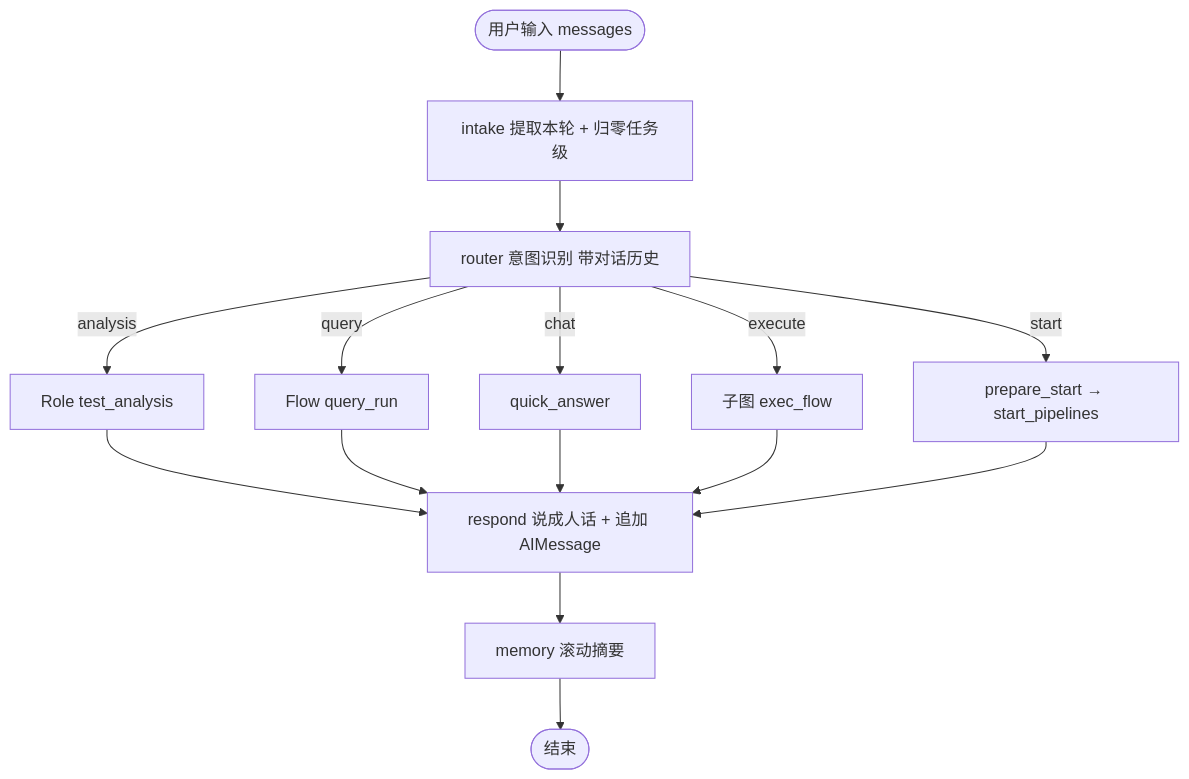
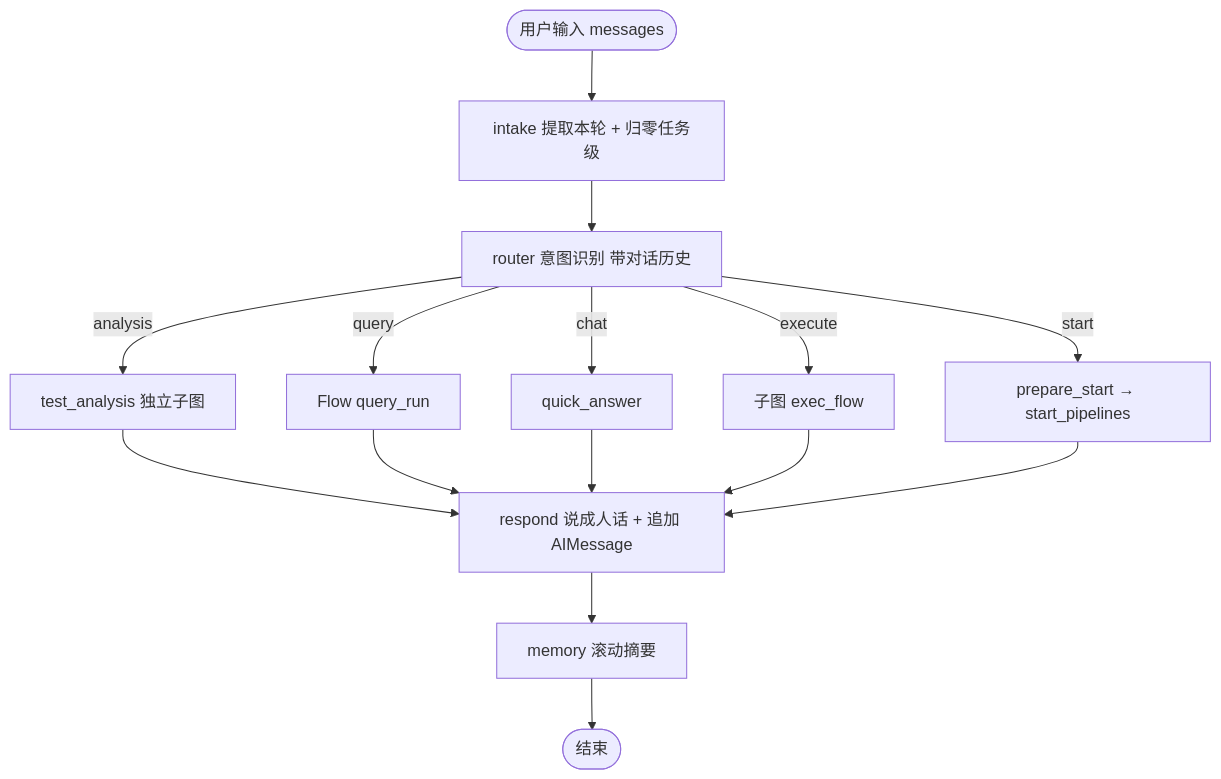
The second of 5 diagrams in docs/architecture.md (LuukkaToT/work_agent), drawn with Mermaid before and after one commit. The commit also changed other lines of this file and 46 other files, not shown here.

````diff
--- a/docs/architecture.md
+++ b/docs/architecture.md
@@ -111,19 +112,19 @@
 ```mermaid
 flowchart TD
   Start(["用户输入 messages"]) --> Intake["intake 提取本轮 + 归零任务级"]
   Intake --> Router["router 意图识别 带对话历史"]
-  Router -->|"analysis"| Analysis["Role test_analysis"]
+  Router -->|"analysis"| Analysis["test_analysis 独立子图"]
   Router -->|"execute"| ExecFlow["子图 exec_flow"]
   Router -->|"start"| PrepareStart["prepare_start → start_pipelines"]
   Router -->|"query"| QueryRun["Flow query_run"]
   Router -->|"chat"| QuickAnswer["quick_answer"]
 
   Analysis --> Respond
   QueryRun --> Respond
   QuickAnswer --> Respond
   ExecFlow --> Respond
   PrepareStart --> Respond
 
   Respond["respond 说成人话 + 追加 AIMessage"] --> Memory["memory 滚动摘要"]
   Memory --> Finish(["结束"])
 ```
````
